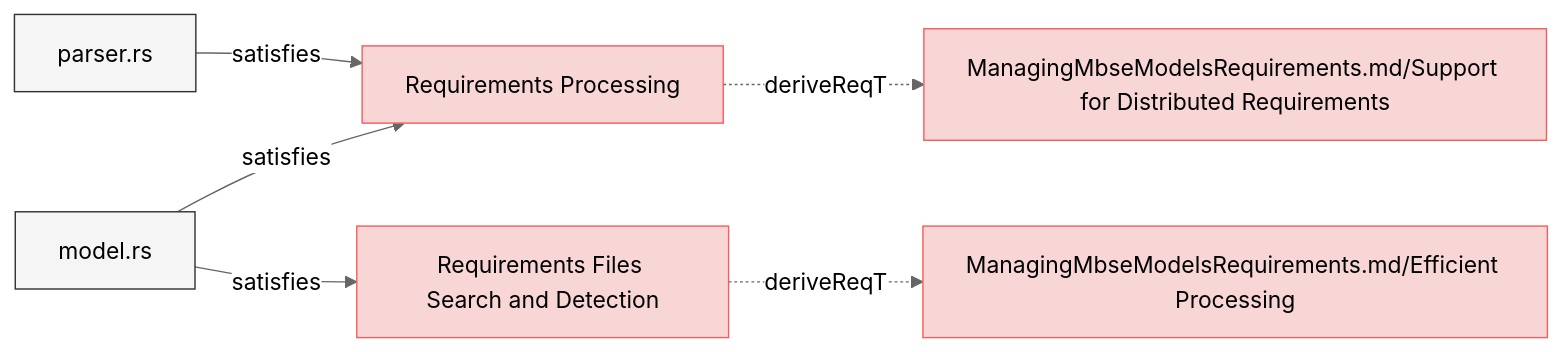
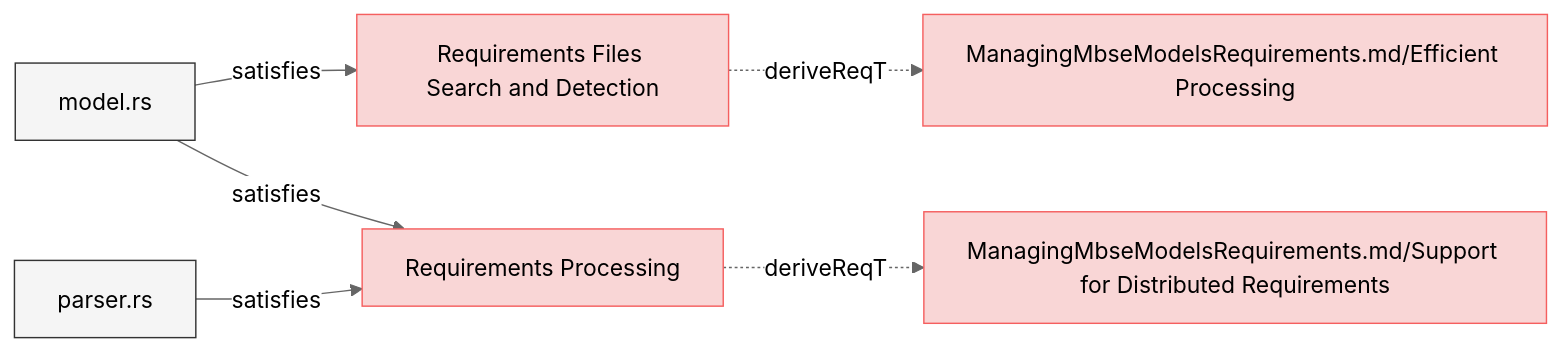
The fourth of 8 diagrams in specifications/SystemRequirements/Requirements.md (reqvire-org/reqvire), drawn with Mermaid (neutral theme) before and after one commit. The commit also changed other lines of this file and 14 other files, not shown here.

Commit message:
Diagram fixes

````diff
--- a/specifications/SystemRequirements/Requirements.md
+++ b/specifications/SystemRequirements/Requirements.md
@@ -480,32 +480,32 @@
 ```mermaid
 graph LR;
   %% Graph styling
   classDef requirement fill:#f9d6d6,stroke:#f55f5f,stroke-width:1px;
   classDef verification fill:#d6f9d6,stroke:#5fd75f,stroke-width:1px;
   classDef externalLink fill:#d0e0ff,stroke:#3080ff,stroke-width:1px;
   classDef default fill:#f5f5f5,stroke:#333333,stroke-width:1px;
 
+  2737f2d770aa0757["Requirements Files Search and Detection"];
+  click 2737f2d770aa0757 "Requirements.md#requirements-files-search-and-detection";
+  class 2737f2d770aa0757 requirement;
+  21e4eb87cb55ea5e["ManagingMbseModelsRequirements.md/Efficient Processing"];
+  class 21e4eb87cb55ea5e requirement;
+  click 21e4eb87cb55ea5e "../ManagingMbseModelsRequirements.md#efficient-processing";
+  2737f2d770aa0757 -.->|deriveReqT| 21e4eb87cb55ea5e;
+  6136c216c9f80165["model.rs"];
+  class 6136c216c9f80165 default;
+  click 6136c216c9f80165 "../../core/src/model.rs";
+  6136c216c9f80165 -->|satisfies| 2737f2d770aa0757;
   99bed90a0d96a1d2["Requirements Processing"];
   click 99bed90a0d96a1d2 "Requirements.md#requirements-processing";
   class 99bed90a0d96a1d2 requirement;
   e7286123b1b97862["ManagingMbseModelsRequirements.md/Support for Distributed Requirements"];
   class e7286123b1b97862 requirement;
   click e7286123b1b97862 "../ManagingMbseModelsRequirements.md#support-for-distributed-requirements";
   99bed90a0d96a1d2 -.->|deriveReqT| e7286123b1b97862;
-  6136c216c9f80165["model.rs"];
-  class 6136c216c9f80165 default;
-  click 6136c216c9f80165 "../../core/src/model.rs";
   6136c216c9f80165 -->|satisfies| 99bed90a0d96a1d2;
   3b1e87396caf6495["parser.rs"];
   class 3b1e87396caf6495 default;
   click 3b1e87396caf6495 "../../core/src/parser.rs";
   3b1e87396caf6495 -->|satisfies| 99bed90a0d96a1d2;
-  2737f2d770aa0757["Requirements Files Search and Detection"];
-  click 2737f2d770aa0757 "Requirements.md#requirements-files-search-and-detection";
-  class 2737f2d770aa0757 requirement;
-  21e4eb87cb55ea5e["ManagingMbseModelsRequirements.md/Efficient Processing"];
-  class 21e4eb87cb55ea5e requirement;
-  click 21e4eb87cb55ea5e "../ManagingMbseModelsRequirements.md#efficient-processing";
-  2737f2d770aa0757 -.->|deriveReqT| 21e4eb87cb55ea5e;
-  6136c216c9f80165 -->|satisfies| 2737f2d770aa0757;
 ```
````
